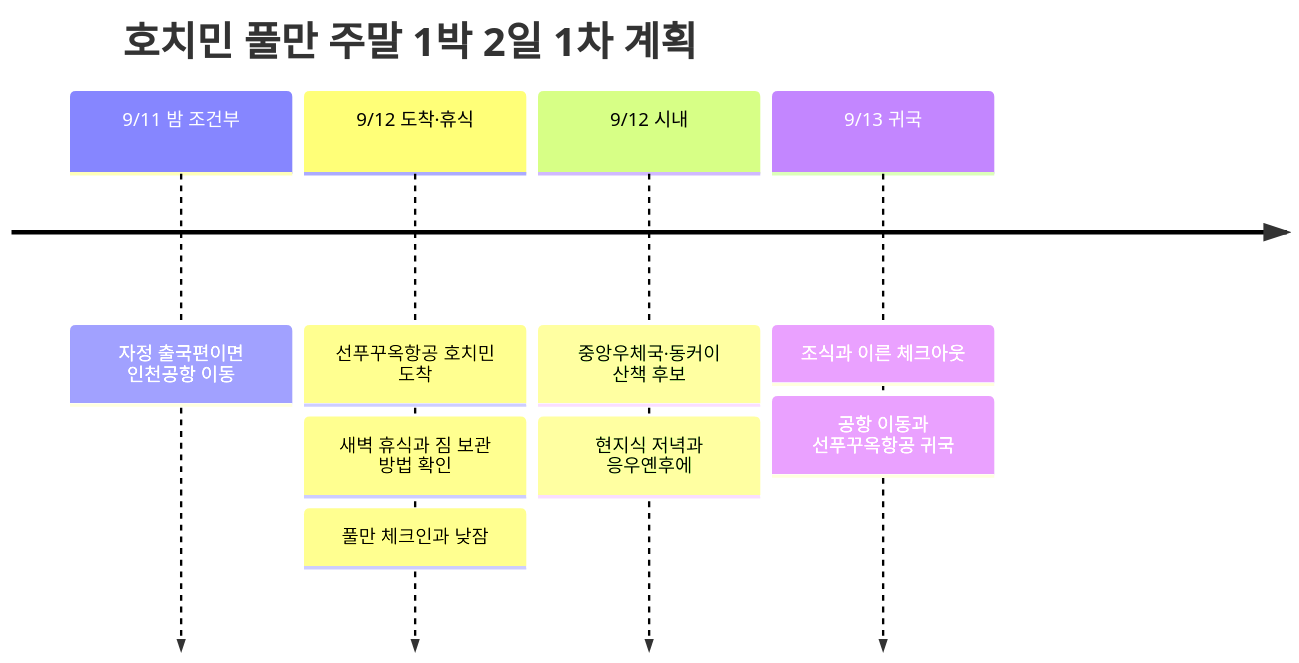
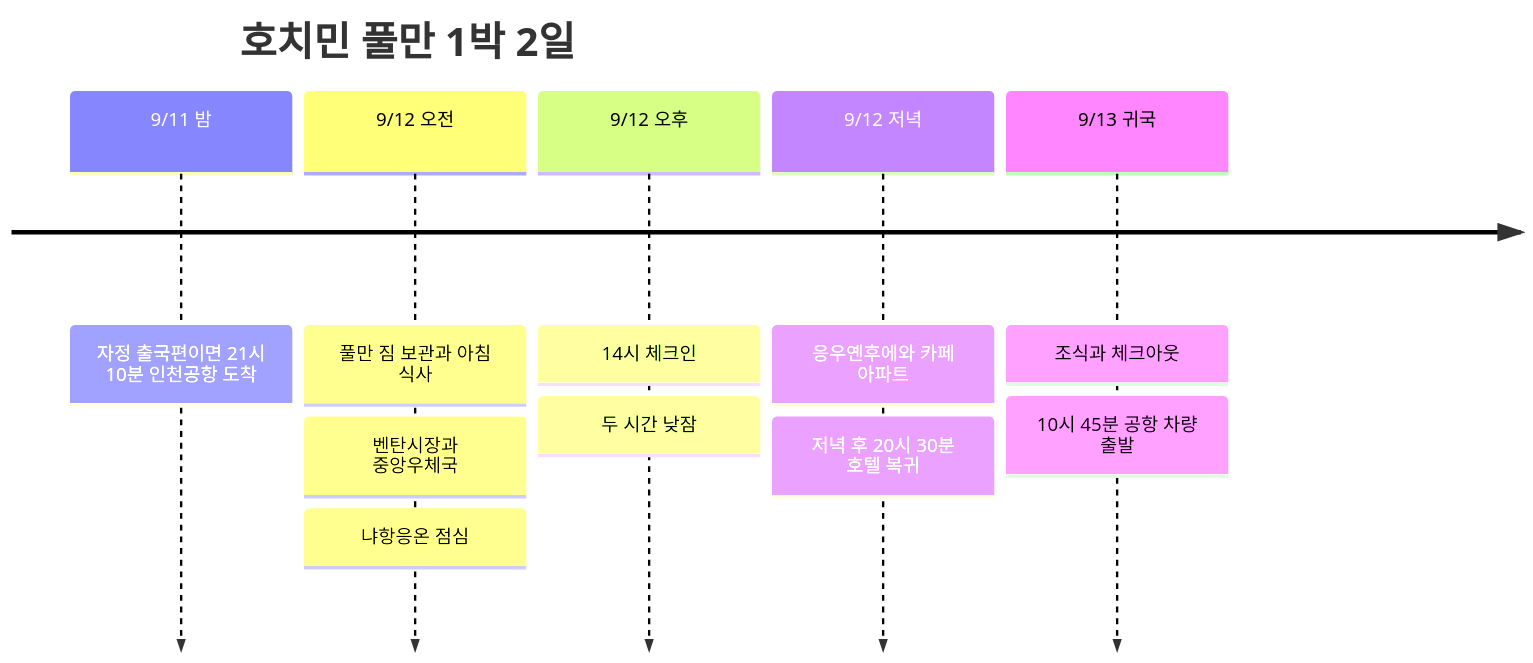
One commit to gongdongho12/commit-map changed the diagram in src/content/posts/2026-09-12-ho-chi-minh-pullman.md. Above: the diagram before and after it, drawn with Mermaid. The commit also changed other lines of this file and 3 other files, not shown here.

````diff
--- a/src/content/posts/2026-09-12-ho-chi-minh-pullman.md
+++ b/src/content/posts/2026-09-12-ho-chi-minh-pullman.md
@@ -124,12 +79,14 @@
 ```mermaid
 timeline
-  title 호치민 풀만 주말 1박 2일 1차 계획
-  9/11 밤 조건부 : 자정 출국편이면 인천공항 이동
-  9/12 도착·휴식 : 선푸꾸옥항공 호치민 도착
-                  : 새벽 휴식과 짐 보관 방법 확인
-                  : 풀만 체크인과 낮잠
-  9/12 시내 : 중앙우체국·동커이 산책 후보
-            : 현지식 저녁과 응우옌후에
-  9/13 귀국 : 조식과 이른 체크아웃
-            : 공항 이동과 선푸꾸옥항공 귀국
+  title 호치민 풀만 1박 2일
+  9/11 밤 : 자정 출국편이면 21시 10분 인천공항 도착
+  9/12 오전 : 풀만 짐 보관과 아침 식사
+             : 벤탄시장과 중앙우체국
+             : 냐항응온 점심
+  9/12 오후 : 14시 체크인
+             : 두 시간 낮잠
+  9/12 저녁 : 응우옌후에와 카페 아파트
+             : 저녁 후 20시 30분 호텔 복귀
+  9/13 귀국 : 조식과 체크아웃
+             : 10시 45분 공항 차량 출발
 ```
````
